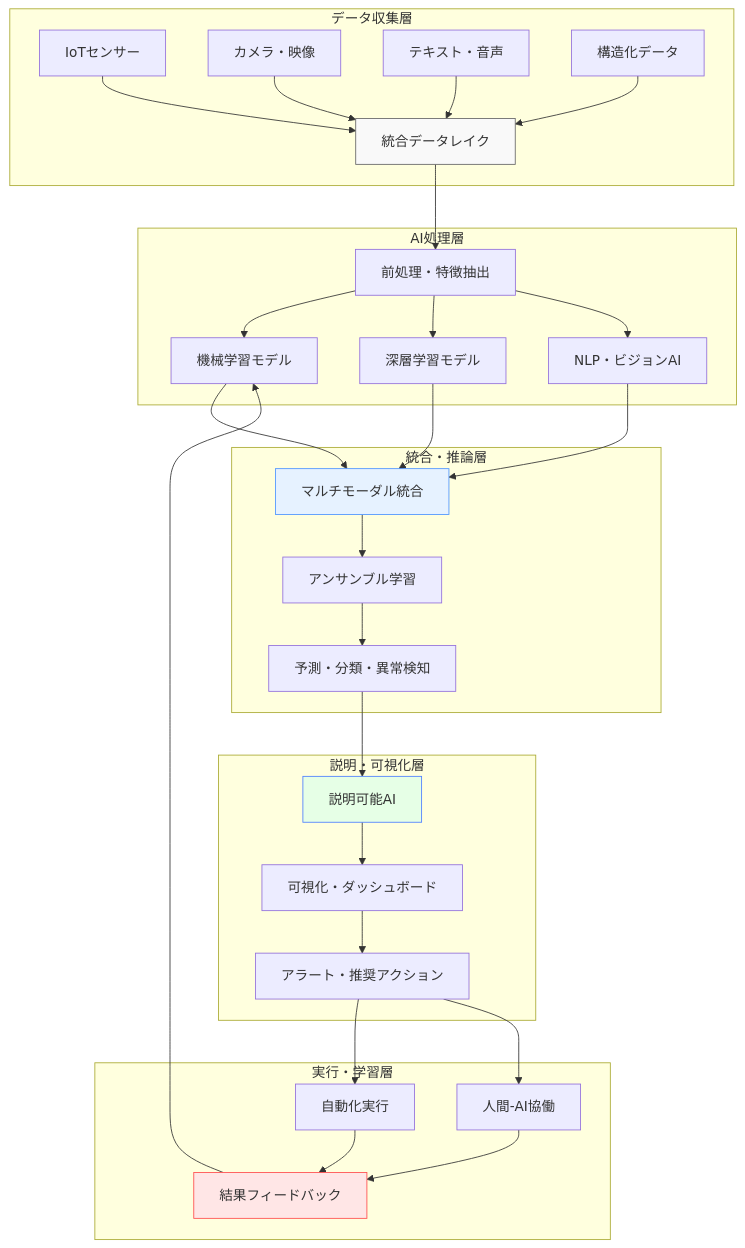
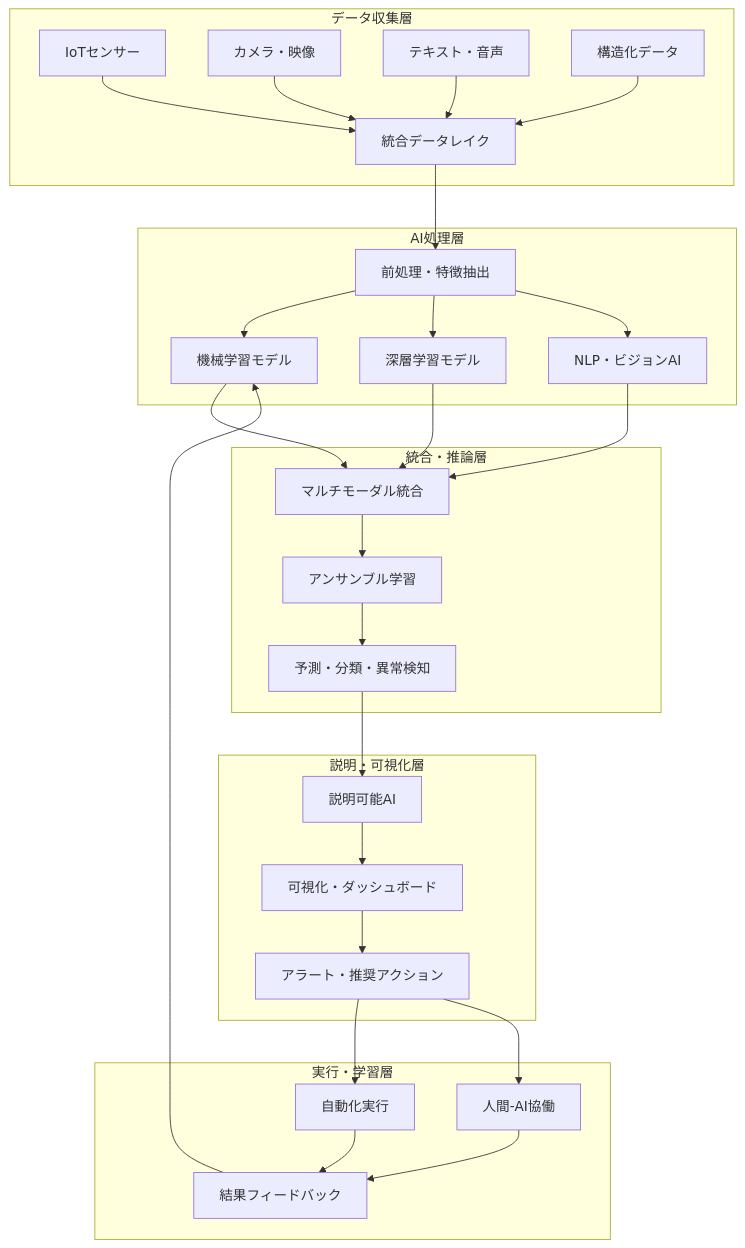
One commit to shuji-bonji/Situational-Awareness-and-Decision-Making changed the second of 2 diagrams in docs/ai-and-future/index.md. Above: the diagram before and after it, drawn with Mermaid. The commit also changed other lines of this file and 49 other files, not shown here.

Commit message:
fix: ダークモードで見づらい図の色の変更

````diff
--- a/docs/ai-and-future/index.md
+++ b/docs/ai-and-future/index.md
@@ -188,43 +184,38 @@
 ```mermaid
 graph TB
     subgraph "データ収集層"
         A1[IoTセンサー] --> DATA[統合データレイク]
         A2[カメラ・映像] --> DATA
         A3[テキスト・音声] --> DATA
         A4[構造化データ] --> DATA
     end
 
     subgraph "AI処理層"
         DATA --> B1[前処理・特徴抽出]
         B1 --> B2[機械学習モデル]
         B1 --> B3[深層学習モデル]
         B1 --> B4[NLP・ビジョンAI]
     end
 
     subgraph "統合・推論層"
         B2 --> C1[マルチモーダル統合]
         B3 --> C1
         B4 --> C1
         C1 --> C2[アンサンブル学習]
         C2 --> C3[予測・分類・異常検知]
     end
 
     subgraph "説明・可視化層"
         C3 --> D1[説明可能AI]
         D1 --> D2[可視化・ダッシュボード]
         D2 --> D3[アラート・推奨アクション]
     end
 
     subgraph "実行・学習層"
         D3 --> E1[自動化実行]
         D3 --> E2[人間-AI協働]
         E1 --> E3[結果フィードバック]
         E2 --> E3
         E3 --> B2
     end
-
-    style DATA fill:#f9f9f9,stroke:#666
-    style C1 fill:#e6f2ff,stroke:#4d94ff
-    style D1 fill:#e6ffe6,stroke:#4d7fff
-    style E3 fill:#ffe6e6,stroke:#ff4d4d
 ```
````
